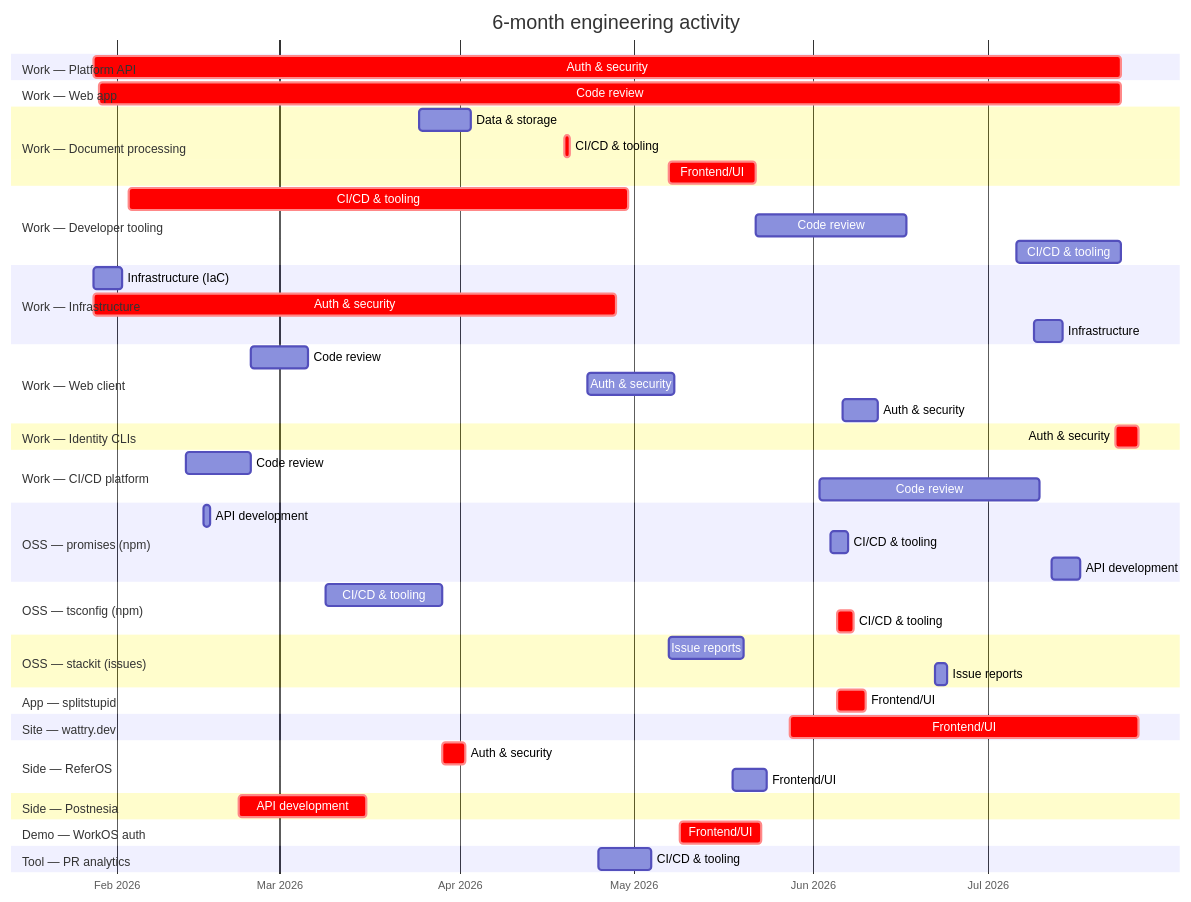
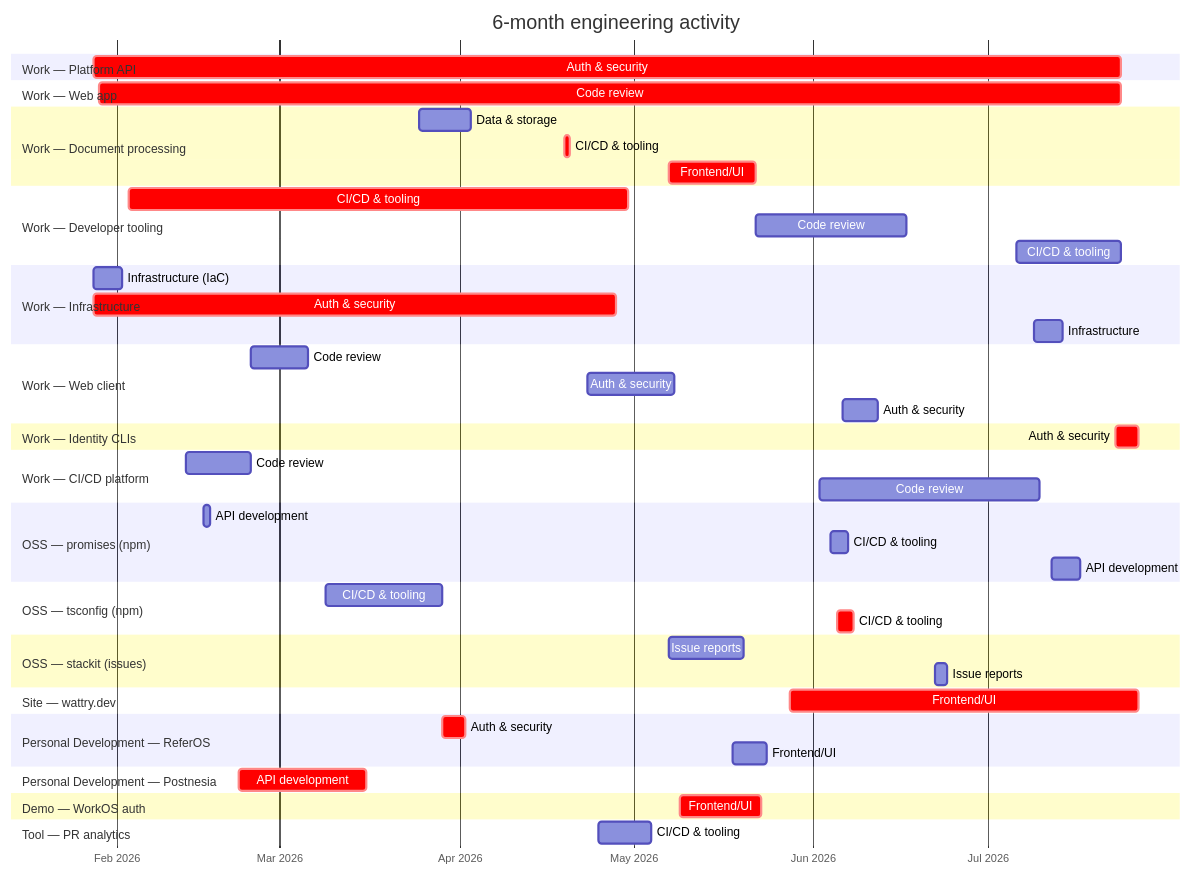
One commit to wattry/wattry.dev changed the diagram in src/work/2026-07-27-public-gantt.mmd. Above: the diagram before and after it, drawn with Mermaid. The commit also changed 2 other files, not shown here.

Commit message:
fix: rename Side to Personal Development, drop splitstupid

```diff
--- a/src/work/2026-07-27-public-gantt.mmd
+++ b/src/work/2026-07-27-public-gantt.mmd
@@ -1,69 +1,66 @@
 gantt
     title 6-month engineering activity
     dateFormat YYYY-MM-DD
     axisFormat %b %Y
 
     section Work — Platform API
     Auth & security            :crit, a1, 2026-01-28, 2026-07-24
 
     section Work — Web app
     Code review                :crit, b1, 2026-01-29, 2026-07-24
 
     section Work — Document processing
     Data & storage             :c1, 2026-03-25, 2026-04-03
     CI/CD & tooling            :crit, c2, 2026-04-19, 2026-04-20
     Frontend/UI                :crit, c3, 2026-05-07, 2026-05-22
 
     section Work — Developer tooling
     CI/CD & tooling            :crit, d1, 2026-02-03, 2026-04-30
     Code review                :d2, 2026-05-22, 2026-06-17
     CI/CD & tooling            :d3, 2026-07-06, 2026-07-24
 
     section Work — Infrastructure
     Infrastructure (IaC)       :e1, 2026-01-28, 2026-02-02
     Auth & security            :crit, e2, 2026-01-28, 2026-04-28
     Infrastructure             :e3, 2026-07-09, 2026-07-14
 
     section Work — Web client
     Code review                :f1, 2026-02-24, 2026-03-06
     Auth & security            :f2, 2026-04-23, 2026-05-08
     Auth & security            :f3, 2026-06-06, 2026-06-12
 
     section Work — Identity CLIs
     Auth & security            :crit, g1, 2026-07-23, 2026-07-27
 
     section Work — CI/CD platform
     Code review                :h1, 2026-02-13, 2026-02-24
     Code review                :h2, 2026-06-02, 2026-07-10
 
     section OSS — promises (npm)
     API development            :i1, 2026-02-16, 2026-02-17
     CI/CD & tooling            :i2, 2026-06-04, 2026-06-07
     API development            :i3, 2026-07-12, 2026-07-17
 
     section OSS — tsconfig (npm)
     CI/CD & tooling            :j1, 2026-03-09, 2026-03-29
     CI/CD & tooling            :crit, j2, 2026-06-05, 2026-06-08
 
     section OSS — stackit (issues)
     Issue reports              :k1, 2026-05-07, 2026-05-20
     Issue reports              :k2, 2026-06-22, 2026-06-24
 
-    section App — splitstupid
-    Frontend/UI                :crit, l1, 2026-06-05, 2026-06-10
-
     section Site — wattry.dev
     Frontend/UI                :crit, m1, 2026-05-28, 2026-07-27
 
-    section Side — ReferOS
+    section Personal Development — ReferOS
     Auth & security            :crit, n1, 2026-03-29, 2026-04-02
     Frontend/UI                :n2, 2026-05-18, 2026-05-24
 
-    section Side — Postnesia
+    section Personal Development — Postnesia
     API development            :crit, o1, 2026-02-22, 2026-03-16
 
     section Demo — WorkOS auth
     Frontend/UI                :crit, p1, 2026-05-09, 2026-05-23
 
     section Tool — PR analytics
     CI/CD & tooling            :q1, 2026-04-25, 2026-05-04
```
